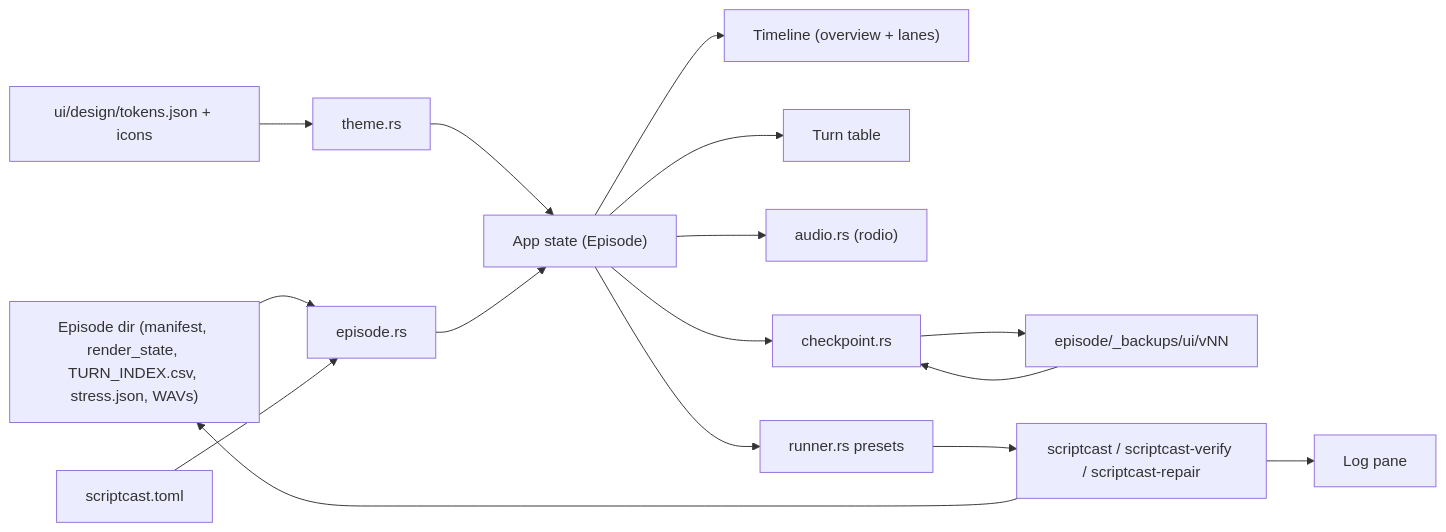
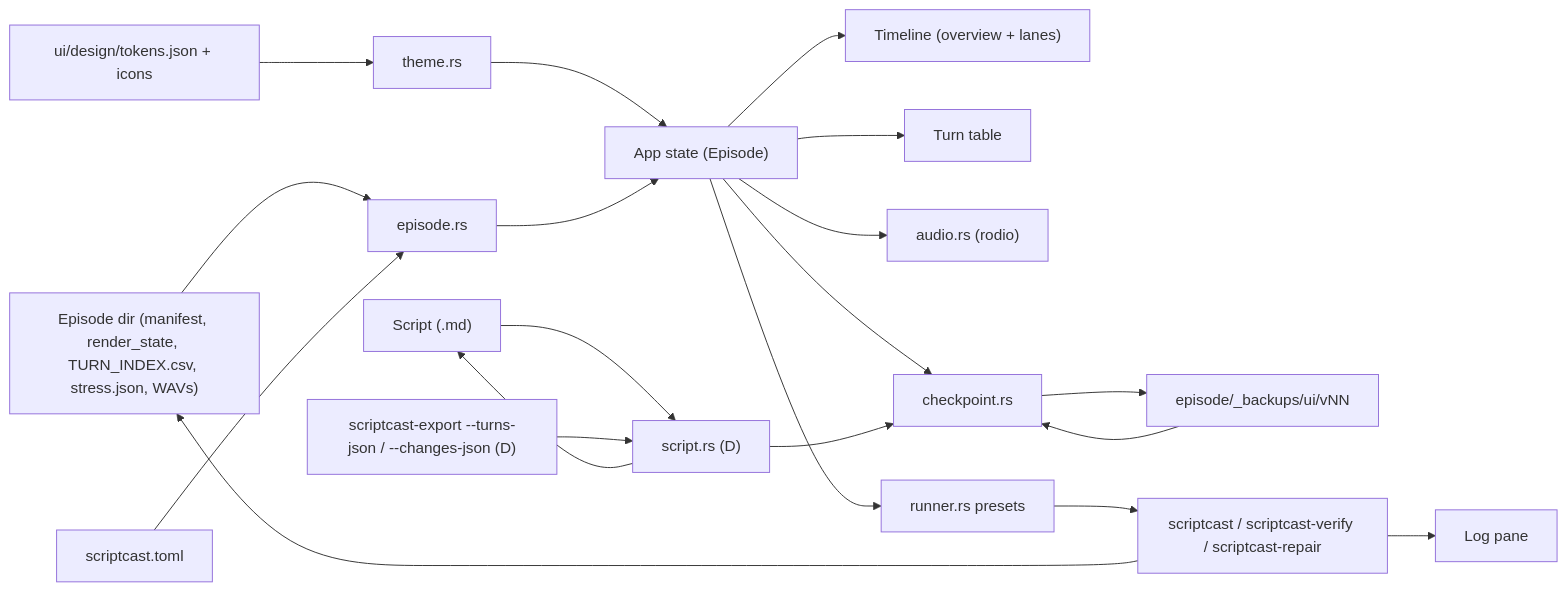
Before and after one commit to th30d0re/scriptCast: the sixth of 6 diagrams in plans/Native_UI/plan.md, drawn with Mermaid. The commit also changed other lines of this file and 3 other files, not shown here.

````diff
--- a/plans/Native_UI/plan.md
+++ b/plans/Native_UI/plan.md
@@ -351,18 +451,22 @@
 ```mermaid
 flowchart LR
     episodeDir["Episode dir (manifest, render_state, TURN_INDEX.csv, stress.json, WAVs)"] --> episodeLoader["episode.rs"]
     projectToml["scriptcast.toml"] --> episodeLoader
     designTokens["ui/design/tokens.json + icons"] --> themeModule["theme.rs"]
     themeModule --> appState
     episodeLoader --> appState["App state (Episode)"]
     appState --> timelineView["Timeline (overview + lanes)"]
     appState --> turnTable["Turn table"]
     appState --> audioPlayer["audio.rs (rodio)"]
     appState --> jobRunner["runner.rs presets"]
     appState --> checkpointStore["checkpoint.rs"]
     checkpointStore --> backupsDir["episode/_backups/ui/vNN"]
     backupsDir --> checkpointStore
     jobRunner --> pythonClis["scriptcast / scriptcast-verify / scriptcast-repair"]
+    scriptFile["Script (.md)"] --> scriptEdit["script.rs (D)"]
+    scriptEdit --> scriptFile
+    scriptEdit --> checkpointStore
+    exportCli["scriptcast-export --turns-json / --changes-json (D)"] --> scriptEdit
     pythonClis --> episodeDir
     pythonClis --> logPane["Log pane"]
 ```
````
